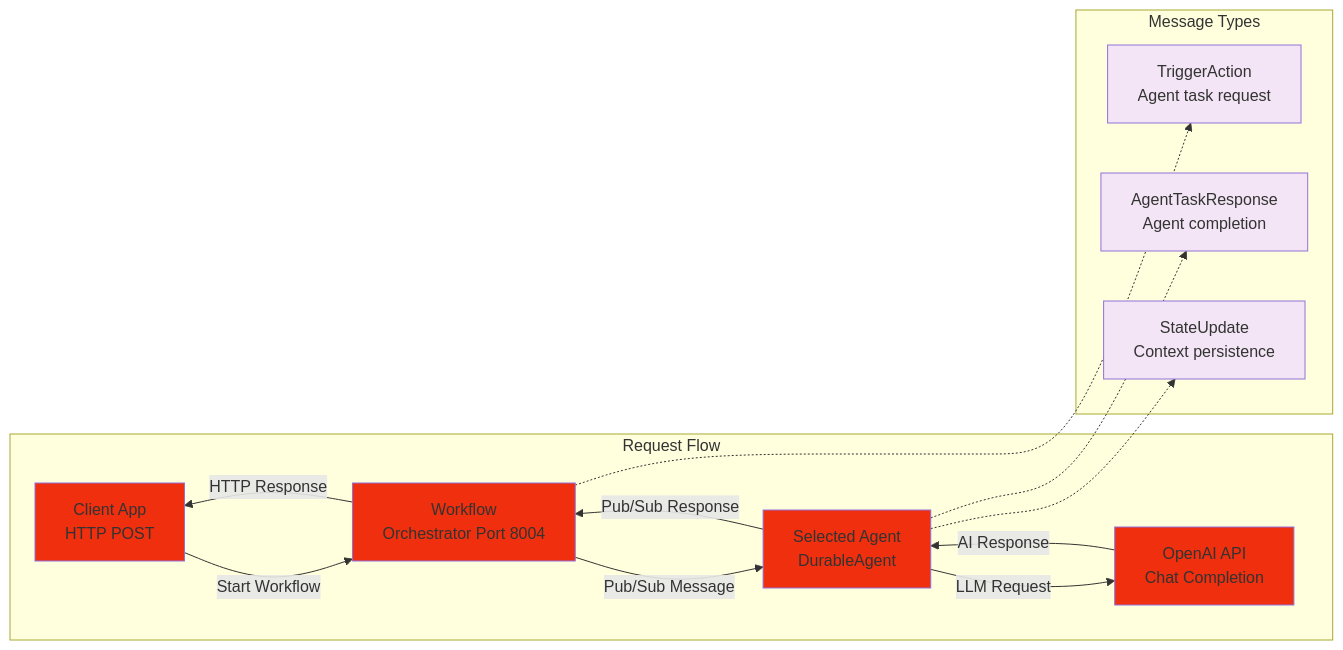
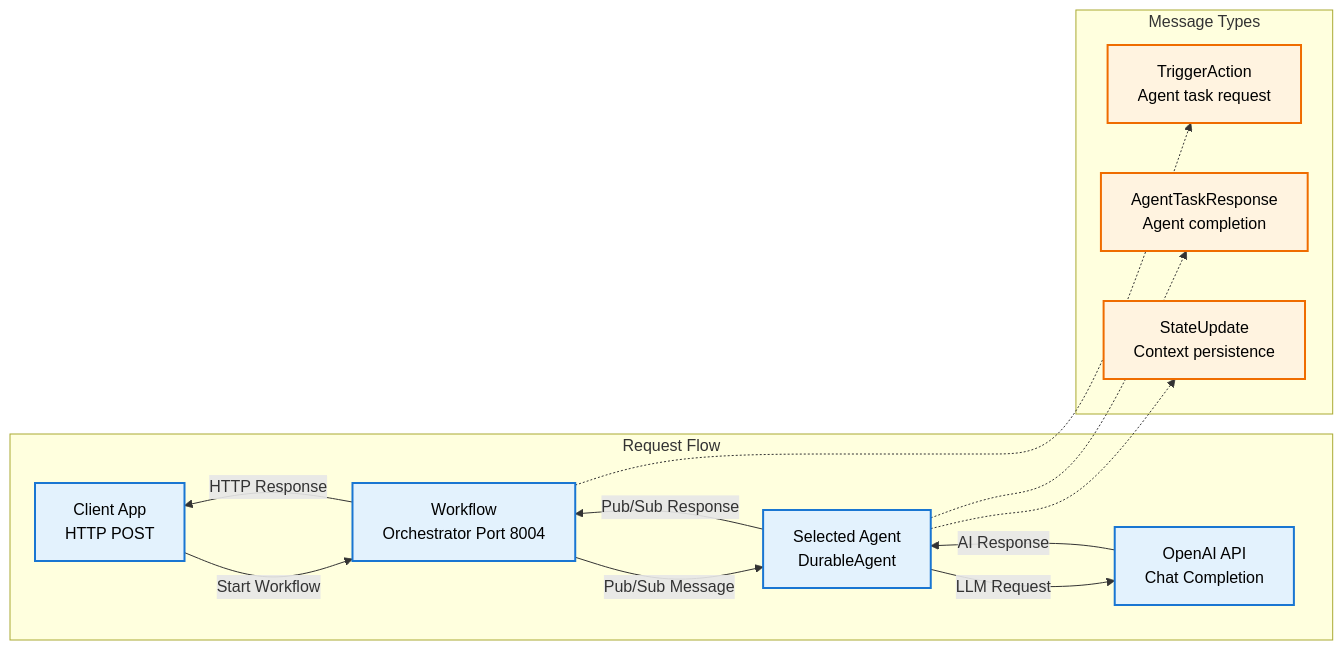
The fifth of 6 diagrams in quickstarts/05-multi-agent-workflows/README.md (dwking2000/dapr-agents-experiments), drawn with Mermaid before and after one commit. The commit also changed other lines of this file and 2 other files, not shown here.

````diff
--- a/quickstarts/05-multi-agent-workflows/README.md
+++ b/quickstarts/05-multi-agent-workflows/README.md
@@ -208,32 +208,32 @@
 ```mermaid
 graph LR
     subgraph "Request Flow"
         Client[Client App<br/>HTTP POST]
         Orchestrator[Workflow<br/>Orchestrator Port 8004]
         Agent[Selected Agent<br/>DurableAgent]
         OpenAI[OpenAI API<br/>Chat Completion]
     end
 
     subgraph "Message Types"
         Trigger[TriggerAction<br/>Agent task request]
         Response[AgentTaskResponse<br/>Agent completion]
         State[StateUpdate<br/>Context persistence]
     end
 
     Client -->|Start Workflow| Orchestrator
     Orchestrator -->|Pub/Sub Message| Agent
     Agent -->|LLM Request| OpenAI
     OpenAI -->|AI Response| Agent
     Agent -->|Pub/Sub Response| Orchestrator
     Orchestrator -->|HTTP Response| Client
 
     Orchestrator -.-> Trigger
     Agent -.-> Response
     Agent -.-> State
 
-    classDef flow fill:#ef2f0d
-    classDef message fill:#f3e5f5
+    classDef flow fill:#e3f2fd,stroke:#1976d2,stroke-width:2px,color:#000
+    classDef message fill:#fff3e0,stroke:#ef6c00,stroke-width:2px,color:#000
 
     class Client,Orchestrator,Agent,OpenAI flow
     class Trigger,Response,State message
 ```
````
